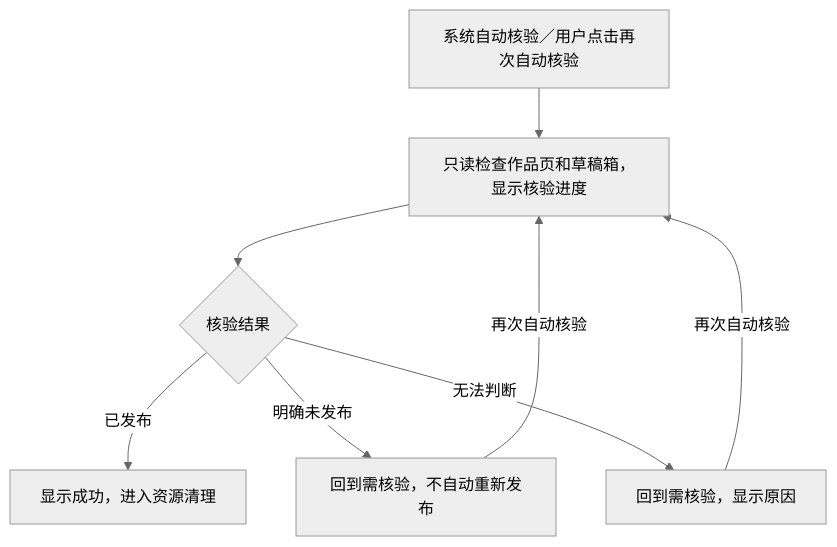
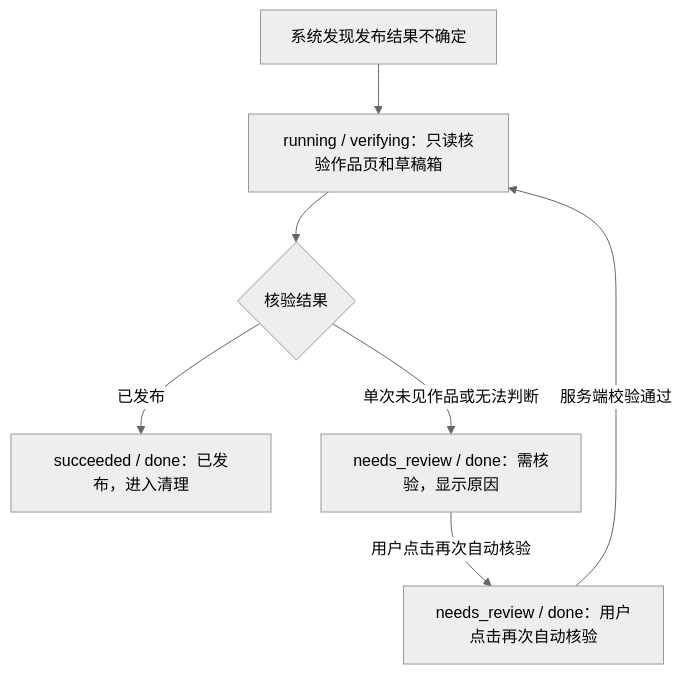
Before and after one commit to brakchen/tts-erp: the seventh of 8 diagrams in docs/video-publish/01-product-proposal.md, drawn with Mermaid (neutral theme). The commit also changed other lines of this file, not shown here.

````diff
--- a/docs/video-publish/01-product-proposal.md
+++ b/docs/video-publish/01-product-proposal.md
@@ -283,10 +358,9 @@
 ```mermaid
 flowchart TD
-    A["系统自动核验／用户点击再次自动核验"] --> B["只读检查作品页和草稿箱，显示核验进度"]
+    A["系统发现发布结果不确定"] --> B["running / verifying：只读核验作品页和草稿箱"]
+    N["needs_review / done：用户点击再次自动核验"] -->|服务端校验通过| B
     B --> C{"核验结果"}
-    C -- 已发布 --> D["显示成功，进入资源清理"]
-    C -- 明确未发布 --> E["回到需核验，不自动重新发布"]
-    C -- 无法判断 --> F["回到需核验，显示原因"]
-    E -- 再次自动核验 --> B
-    F -- 再次自动核验 --> B
+    C -- 已发布 --> D["succeeded / done：已发布，进入清理"]
+    C -- 单次未见作品或无法判断 --> E["needs_review / done：需核验，显示原因"]
+    E -->|用户点击再次自动核验| N
 ```
````
